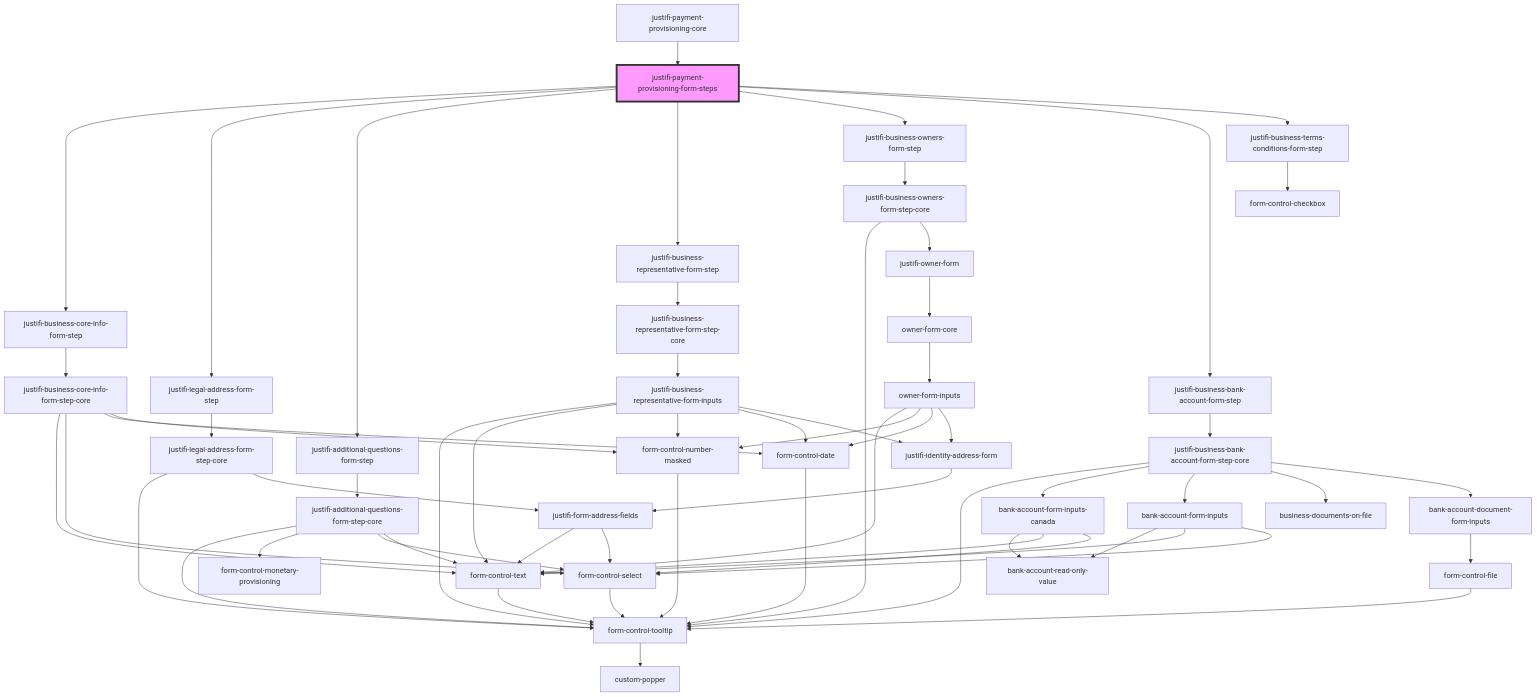
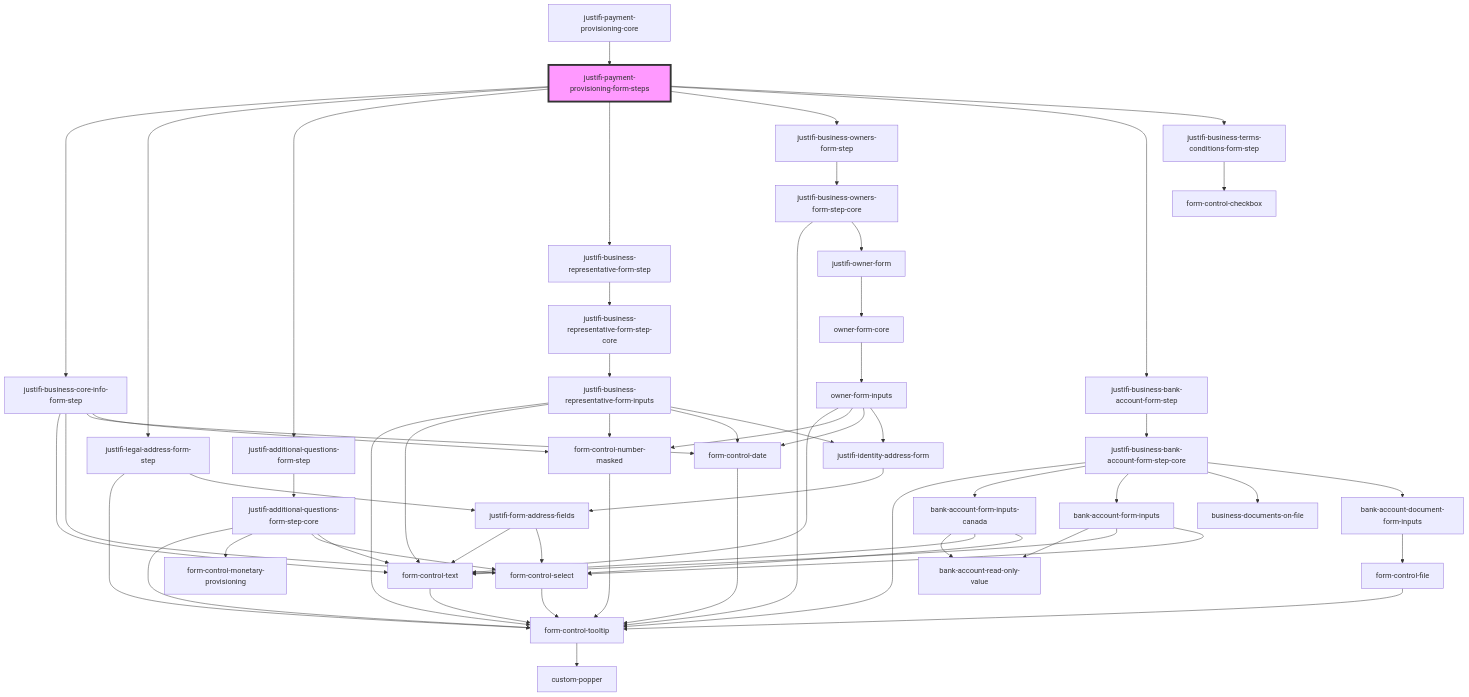
One commit to justifi-tech/web-component-library changed the diagram in packages/webcomponents/src/components/business-forms/payment-provisioning/readme.md. Above: the diagram before and after it, drawn with Mermaid. The commit also changed 4 other files, not shown here.

Commit message:
Remove core component for legal-address-form-step

````diff
--- a/packages/webcomponents/src/components/business-forms/payment-provisioning/readme.md
+++ b/packages/webcomponents/src/components/business-forms/payment-provisioning/readme.md
@@ -36,64 +36,62 @@
 ```mermaid
 graph TD;
   justifi-payment-provisioning-form-steps --> justifi-business-core-info-form-step
   justifi-payment-provisioning-form-steps --> justifi-legal-address-form-step
   justifi-payment-provisioning-form-steps --> justifi-additional-questions-form-step
   justifi-payment-provisioning-form-steps --> justifi-business-representative-form-step
   justifi-payment-provisioning-form-steps --> justifi-business-owners-form-step
   justifi-payment-provisioning-form-steps --> justifi-business-bank-account-form-step
   justifi-payment-provisioning-form-steps --> justifi-business-terms-conditions-form-step
-  justifi-business-core-info-form-step --> justifi-business-core-info-form-step-core
-  justifi-business-core-info-form-step-core --> form-control-text
-  justifi-business-core-info-form-step-core --> form-control-select
-  justifi-business-core-info-form-step-core --> form-control-date
-  justifi-business-core-info-form-step-core --> form-control-number-masked
+  justifi-business-core-info-form-step --> form-control-text
+  justifi-business-core-info-form-step --> form-control-select
+  justifi-business-core-info-form-step --> form-control-date
+  justifi-business-core-info-form-step --> form-control-number-masked
   form-control-text --> form-control-tooltip
   form-control-tooltip --> custom-popper
   form-control-select --> form-control-tooltip
   form-control-date --> form-control-tooltip
   form-control-number-masked --> form-control-tooltip
-  justifi-legal-address-form-step --> justifi-legal-address-form-step-core
-  justifi-legal-address-form-step-core --> form-control-tooltip
-  justifi-legal-address-form-step-core --> justifi-form-address-fields
+  justifi-legal-address-form-step --> form-control-tooltip
+  justifi-legal-address-form-step --> justifi-form-address-fields
   justifi-form-address-fields --> form-control-text
   justifi-form-address-fields --> form-control-select
   justifi-additional-questions-form-step --> justifi-additional-questions-form-step-core
   justifi-additional-questions-form-step-core --> form-control-tooltip
   justifi-additional-questions-form-step-core --> form-control-monetary-provisioning
   justifi-additional-questions-form-step-core --> form-control-select
   justifi-additional-questions-form-step-core --> form-control-text
   justifi-business-representative-form-step --> justifi-business-representative-form-step-core
   justifi-business-representative-form-step-core --> justifi-business-representative-form-inputs
   justifi-business-representative-form-inputs --> form-control-tooltip
   justifi-business-representative-form-inputs --> form-control-text
   justifi-business-representative-form-inputs --> form-control-number-masked
   justifi-business-representative-form-inputs --> form-control-date
   justifi-business-representative-form-inputs --> justifi-identity-address-form
   justifi-identity-address-form --> justifi-form-address-fields
   justifi-business-owners-form-step --> justifi-business-owners-form-step-core
   justifi-business-owners-form-step-core --> form-control-tooltip
   justifi-business-owners-form-step-core --> justifi-owner-form
   justifi-owner-form --> owner-form-core
   owner-form-core --> owner-form-inputs
   owner-form-inputs --> form-control-text
   owner-form-inputs --> form-control-number-masked
   owner-form-inputs --> form-control-date
   owner-form-inputs --> justifi-identity-address-form
   justifi-business-bank-account-form-step --> justifi-business-bank-account-form-step-core
   justifi-business-bank-account-form-step-core --> form-control-tooltip
   justifi-business-bank-account-form-step-core --> bank-account-form-inputs-canada
   justifi-business-bank-account-form-step-core --> bank-account-form-inputs
   justifi-business-bank-account-form-step-core --> business-documents-on-file
   justifi-business-bank-account-form-step-core --> bank-account-document-form-inputs
   bank-account-form-inputs-canada --> bank-account-read-only-value
   bank-account-form-inputs-canada --> form-control-text
   bank-account-form-inputs-canada --> form-control-select
   bank-account-form-inputs --> bank-account-read-only-value
   bank-account-form-inputs --> form-control-text
   bank-account-form-inputs --> form-control-select
   bank-account-document-form-inputs --> form-control-file
   form-control-file --> form-control-tooltip
   justifi-business-terms-conditions-form-step --> form-control-checkbox
   justifi-payment-provisioning-core --> justifi-payment-provisioning-form-steps
   style justifi-payment-provisioning-form-steps fill:#f9f,stroke:#333,stroke-width:4px
 ```
````
